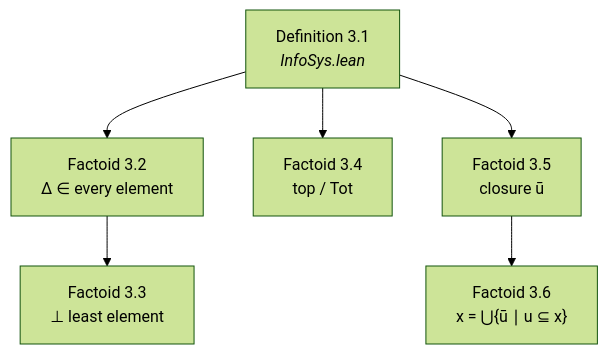
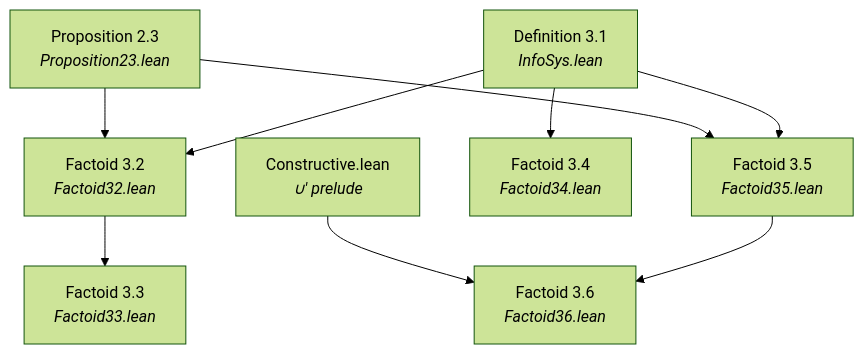
One commit to catskillsresearch/scott1982 changed the fifth of 10 diagrams in arxiv.md. Above: the diagram before and after it, drawn with Mermaid (forest theme). The commit also changed other lines of this file and 4 other files, not shown here.

First line of the commit message:
Prove Factoids 3.4 and 3.6; revise §3 Lean dependency mermaid.

````diff
--- a/arxiv.md
+++ b/arxiv.md
@@ -232,12 +232,19 @@
 ```mermaid
 flowchart TD
+  C["Constructive.lean<br/><i>∪' prelude</i>"]
+  P23["Proposition 2.3<br/><i>Proposition23.lean</i>"]
   D31["Definition 3.1<br/><i>InfoSys.lean</i>"]
-  F32["Factoid 3.2<br/>Δ ∈ every element"]
-  F33["Factoid 3.3<br/>⊥ least element"]
-  F34["Factoid 3.4<br/>top / Tot"]
-  F35["Factoid 3.5<br/>closure ū"]
-  F36["Factoid 3.6<br/>x = ⋃{ū ∣ u ⊆ x}"]
-  D31 --> F32 --> F33
+  F32["Factoid 3.2<br/><i>Factoid32.lean</i>"]
+  F33["Factoid 3.3<br/><i>Factoid33.lean</i>"]
+  F34["Factoid 3.4<br/><i>Factoid34.lean</i>"]
+  F35["Factoid 3.5<br/><i>Factoid35.lean</i>"]
+  F36["Factoid 3.6<br/><i>Factoid36.lean</i>"]
+  D31 --> F32
+  F32 --> F33
   D31 --> F34
-  D31 --> F35 --> F36
+  D31 --> F35
+  F35 --> F36
+  P23 --> F32
+  P23 --> F35
+  C --> F36
 ```
````
